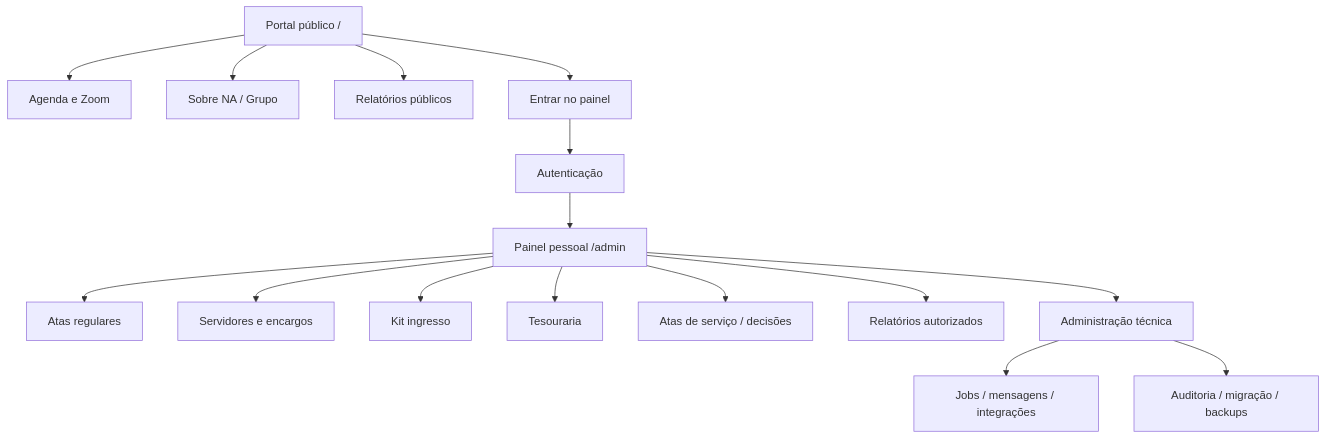
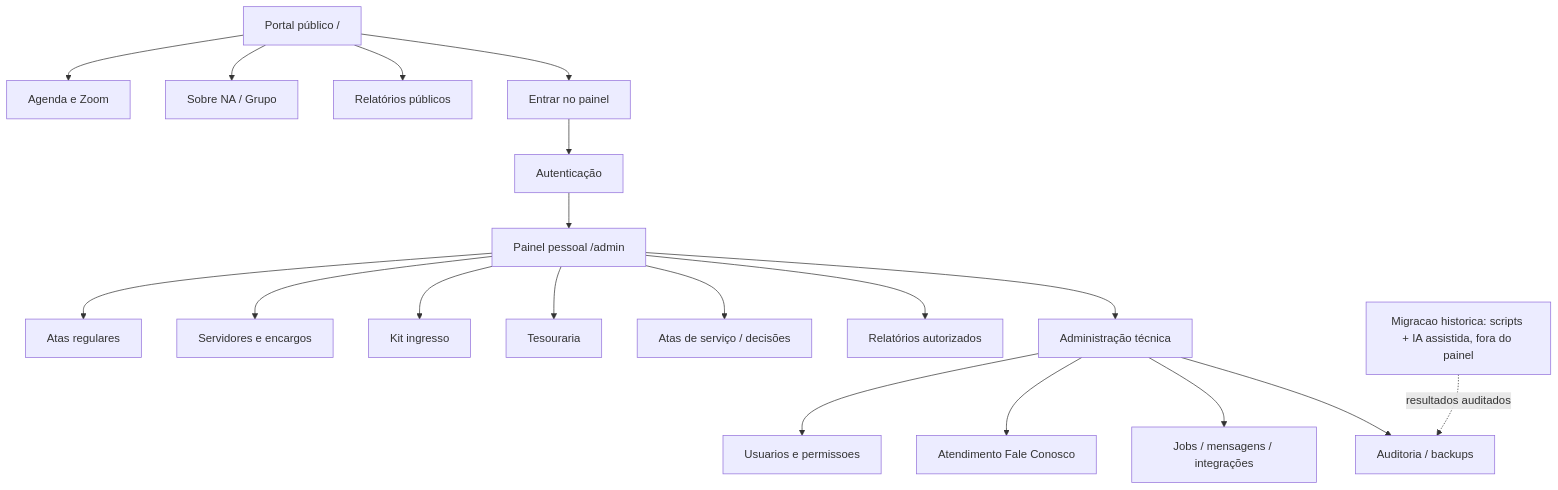
Before and after one commit to grupoquarentena/site: the first of 12 diagrams in _bmad-output/planning-artifacts/UX-Design.md, drawn with Mermaid. The commit also changed other lines of this file and 4 other files, not shown here.

````diff
--- a/_bmad-output/planning-artifacts/UX-Design.md
+++ b/_bmad-output/planning-artifacts/UX-Design.md
@@ -63,18 +81,21 @@
 ```mermaid
 flowchart TD
   HOME[Portal público /] --> REUN[Agenda e Zoom]
   HOME --> SOBRE[Sobre NA / Grupo]
   HOME --> RELPUB[Relatórios públicos]
   HOME --> ENTRAR[Entrar no painel]
   ENTRAR --> LOGIN[Autenticação]
   LOGIN --> PAINEL[Painel pessoal /admin]
   PAINEL --> ATAS[Atas regulares]
   PAINEL --> SER[Servidores e encargos]
   PAINEL --> KIT[Kit ingresso]
   PAINEL --> TES[Tesouraria]
   PAINEL --> AS[Atas de serviço / decisões]
   PAINEL --> REL[Relatórios autorizados]
   PAINEL --> CONFIG[Administração técnica]
+  CONFIG --> USR[Usuarios e permissoes]
+  CONFIG --> PED[Atendimento Fale Conosco]
   CONFIG --> JOBS[Jobs / mensagens / integrações]
-  CONFIG --> HIST[Auditoria / migração / backups]
+  CONFIG --> HIST[Auditoria / backups]
+  CLI[Migracao historica: scripts + IA assistida, fora do painel] -. resultados auditados .-> HIST
 ```
````
